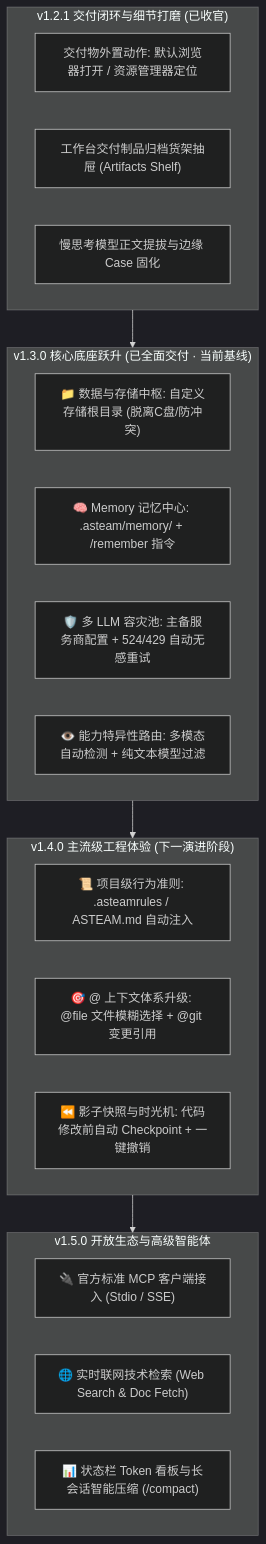
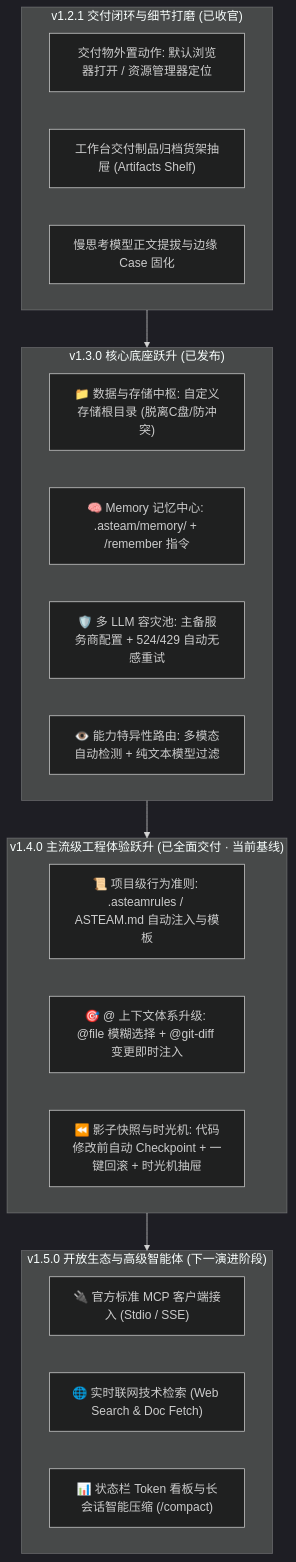
Before and after one commit to h382110229/asteam-agent: the diagram in ROADMAP.md, drawn with Mermaid (dark theme). The commit also changed other lines of this file and 21 other files, not shown here.

````diff
--- a/ROADMAP.md
+++ b/ROADMAP.md
@@ -20,29 +20,29 @@
 ```mermaid
 flowchart TD
   subgraph v121 ["v1.2.1 交付闭环与细节打磨 (已收官)"]
     A1["交付物外置动作: 默认浏览器打开 / 资源管理器定位"]
     A2["工作台交付制品归档货架抽屉 (Artifacts Shelf)"]
     A3["慢思考模型正文提拔与边缘 Case 固化"]
   end
 
-  subgraph v130 ["v1.3.0 核心底座跃升 (已全面交付 · 当前基线)"]
+  subgraph v130 ["v1.3.0 核心底座跃升 (已发布)"]
     B1["📁 数据与存储中枢: 自定义存储根目录 (脱离C盘/防冲突)"]
     B2["🧠 Memory 记忆中心: .asteam/memory/ + /remember 指令"]
     B3["🛡️ 多 LLM 容灾池: 主备服务商配置 + 524/429 自动无感重试"]
     B4["👁️ 能力特异性路由: 多模态自动检测 + 纯文本模型过滤"]
   end
 
-  subgraph v140 ["v1.4.0 主流级工程体验 (下一演进阶段)"]
-    C1["📜 项目级行为准则: .asteamrules / ASTEAM.md 自动注入"]
-    C2["🎯 @ 上下文体系升级: @file 文件模糊选择 + @git 变更引用"]
-    C3["⏪ 影子快照与时光机: 代码修改前自动 Checkpoint + 一键撤销"]
+  subgraph v140 ["v1.4.0 主流级工程体验跃升 (已全面交付 · 当前基线)"]
+    C1["📜 项目级行为准则: .asteamrules / ASTEAM.md 自动注入与模板"]
+    C2["🎯 @ 上下文体系升级: @file 模糊选择 + @git-diff 变更即时注入"]
+    C3["⏪ 影子快照与时光机: 代码修改前自动 Checkpoint + 一键回滚 + 时光机抽屉"]
   end
 
-  subgraph v150 ["v1.5.0 开放生态与高级智能体"]
+  subgraph v150 ["v1.5.0 开放生态与高级智能体 (下一演进阶段)"]
     D1["🔌 官方标准 MCP 客户端接入 (Stdio / SSE)"]
     D2["🌐 实时联网技术检索 (Web Search & Doc Fetch)"]
     D3["📊 状态栏 Token 看板与长会话智能压缩 (/compact)"]
   end
 
   v121 --> v130 --> v140 --> v150
 ```
````
